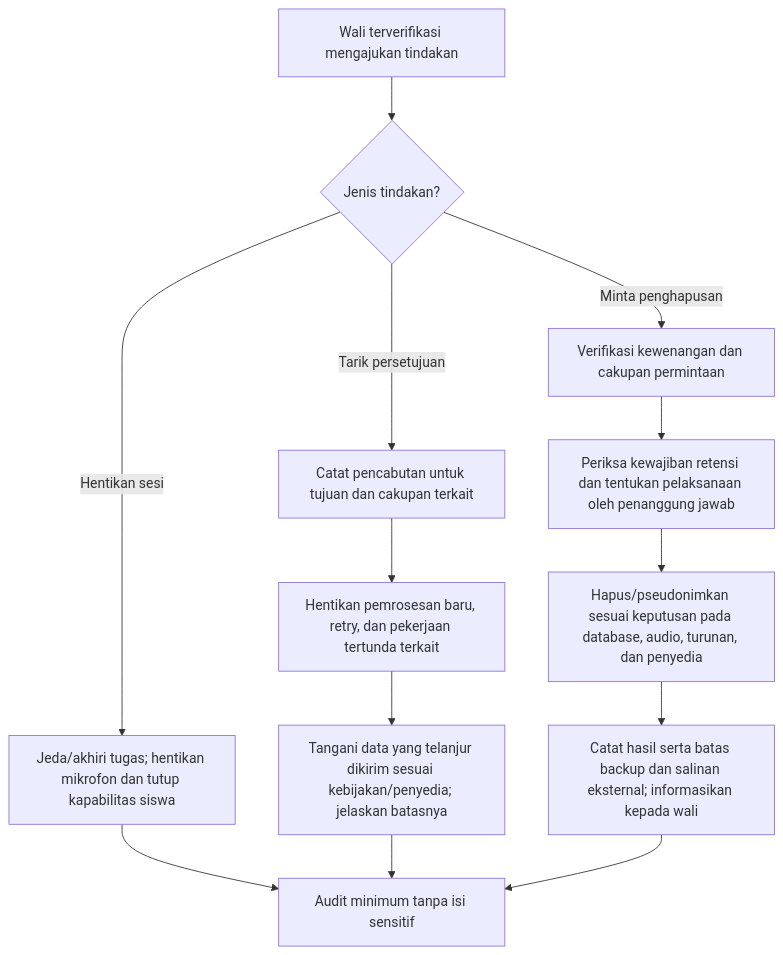
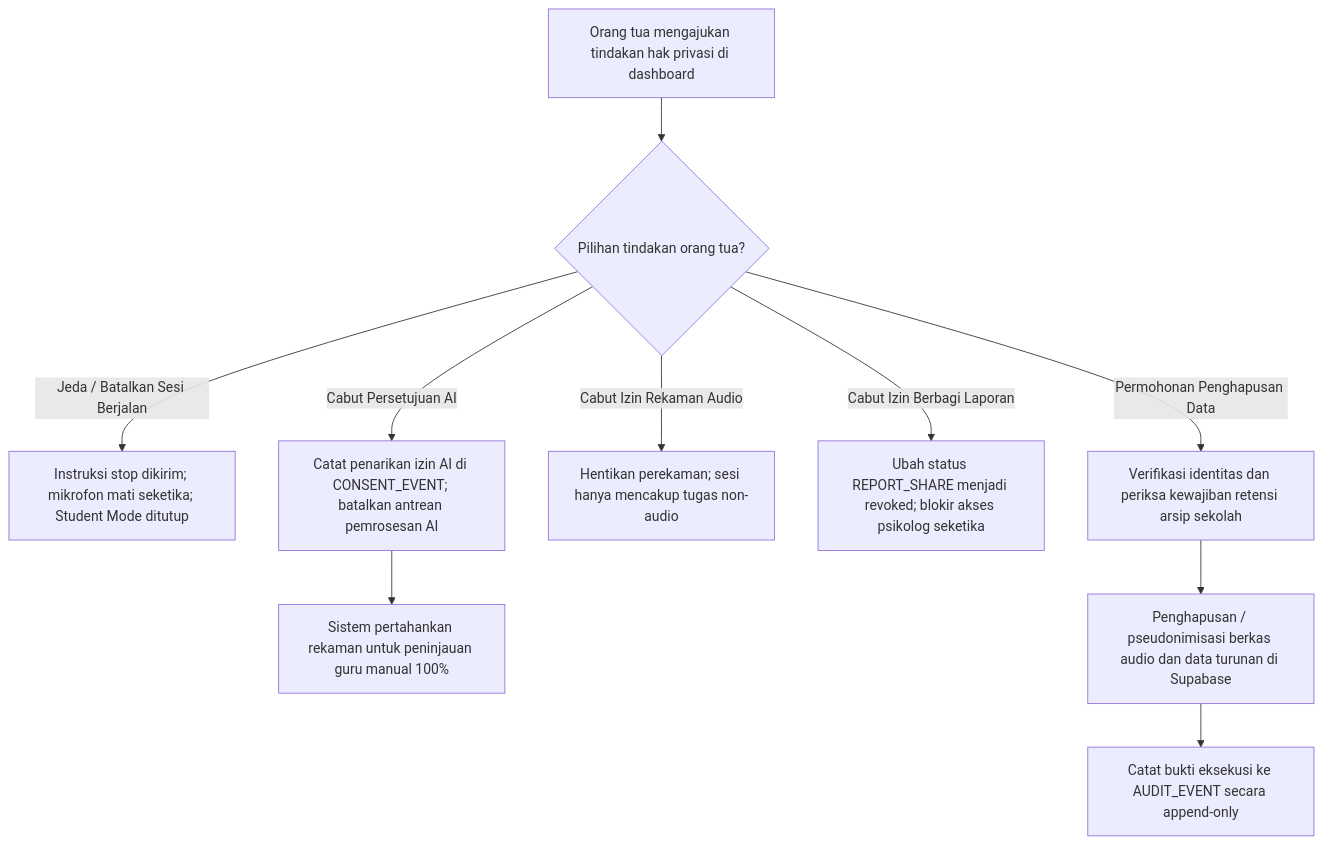
The sixth of 6 diagrams in Docs/Dyscovery-Workflow.md (jajakiman/Dyscovery), drawn with Mermaid before and after one commit. The commit also changed other lines of this file and 3 other files, not shown here.

````diff
--- a/Docs/Dyscovery-Workflow.md
+++ b/Docs/Dyscovery-Workflow.md
@@ -157,15 +187,12 @@
 ```mermaid
 flowchart TD
-    A["Wali terverifikasi mengajukan tindakan"] --> B{"Jenis tindakan?"}
-    B -->|Hentikan sesi| C["Jeda/akhiri tugas; hentikan mikrofon dan tutup kapabilitas siswa"]
-    B -->|Tarik persetujuan| D["Catat pencabutan untuk tujuan dan cakupan terkait"]
-    D --> E["Hentikan pemrosesan baru, retry, dan pekerjaan tertunda terkait"]
-    E --> F["Tangani data yang telanjur dikirim sesuai kebijakan/penyedia; jelaskan batasnya"]
-    B -->|Minta penghapusan| G["Verifikasi kewenangan dan cakupan permintaan"]
-    G --> H["Periksa kewajiban retensi dan tentukan pelaksanaan oleh penanggung jawab"]
-    H --> I["Hapus/pseudonimkan sesuai keputusan pada database, audio, turunan, dan penyedia"]
-    I --> J["Catat hasil serta batas backup dan salinan eksternal; informasikan kepada wali"]
-    C --> K["Audit minimum tanpa isi sensitif"]
-    F --> K
-    J --> K
+    A["Orang tua mengajukan tindakan hak privasi di dashboard"] --> B{"Pilihan tindakan orang tua?"}
+    B -->|Jeda / Batalkan Sesi Berjalan| C["Instruksi stop dikirim; mikrofon mati seketika; Student Mode ditutup"]
+    B -->|Cabut Persetujuan AI| D["Catat penarikan izin AI di CONSENT_EVENT; batalkan antrean pemrosesan AI"]
+    D --> E["Sistem pertahankan rekaman untuk peninjauan guru manual 100%"]
+    B -->|Cabut Izin Rekaman Audio| F["Hentikan perekaman; sesi hanya mencakup tugas non-audio"]
+    B -->|Cabut Izin Berbagi Laporan| G["Ubah status REPORT_SHARE menjadi revoked; blokir akses psikolog seketika"]
+    B -->|Permohonan Penghapusan Data| H["Verifikasi identitas dan periksa kewajiban retensi arsip sekolah"]
+    H --> I["Penghapusan / pseudonimisasi berkas audio dan data turunan di Supabase"]
+    I --> J["Catat bukti eksekusi ke AUDIT_EVENT secara append-only"]
 ```
````
